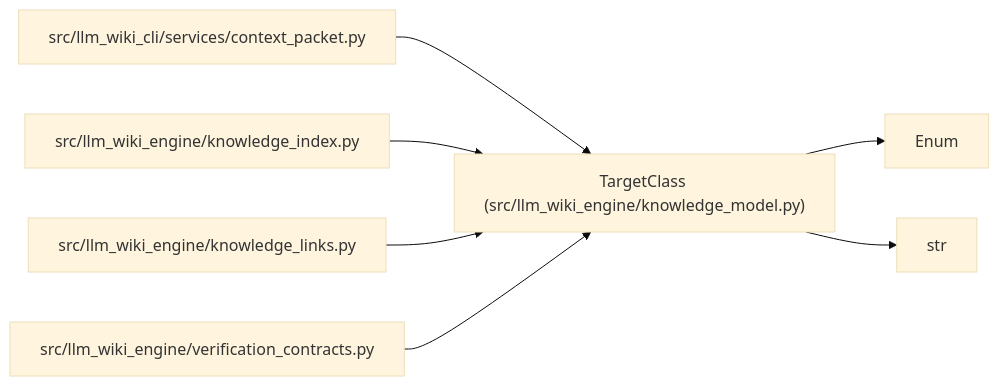
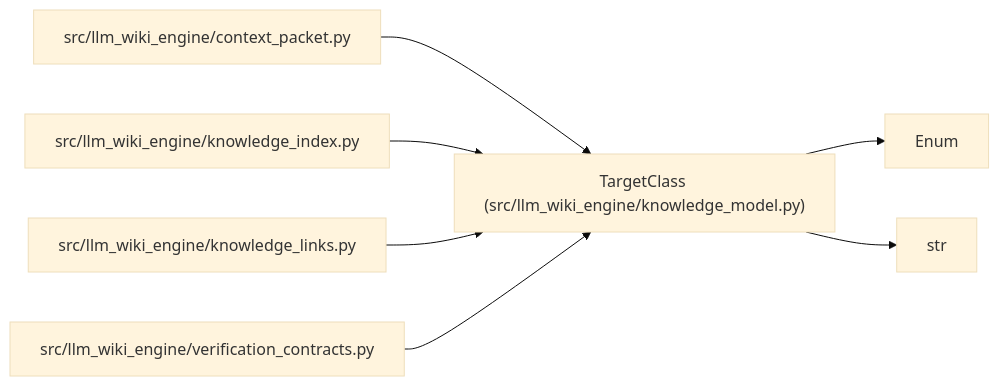
The diagram in docs/llm_wiki/entities/TargetClass.md (Denissvgn/python-wiki-llm), drawn with Mermaid (base theme) before and after one commit. The commit also changed 577 other files, not shown here.

Commit message:
docs: refresh the wiki for the engine context packet

````diff
--- a/docs/llm_wiki/entities/TargetClass.md
+++ b/docs/llm_wiki/entities/TargetClass.md
@@ -32,21 +32,21 @@
 ```mermaid
 flowchart LR
     n0["TargetClass (src/llm_wiki_engine/knowledge_model.py)"]
     n1["Enum"]
     n2["str"]
-    n3["src/llm_wiki_cli/services/context_packet.py"]
+    n3["src/llm_wiki_engine/context_packet.py"]
     n4["src/llm_wiki_engine/knowledge_index.py"]
     n5["src/llm_wiki_engine/knowledge_links.py"]
     n6["src/llm_wiki_engine/verification_contracts.py"]
     n0 --> n1
     n0 --> n2
     n3 --> n0
     n4 --> n0
     n5 --> n0
     n6 --> n0
     click n0 "../modules/knowledge_model.md"
     click n3 "../modules/context_packet.md"
     click n4 "../modules/knowledge_index.md"
     click n5 "../modules/knowledge_links.md"
     click n6 "../modules/verification_contracts.md"
 ```
````
